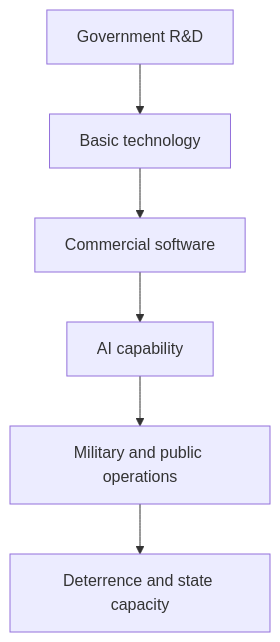
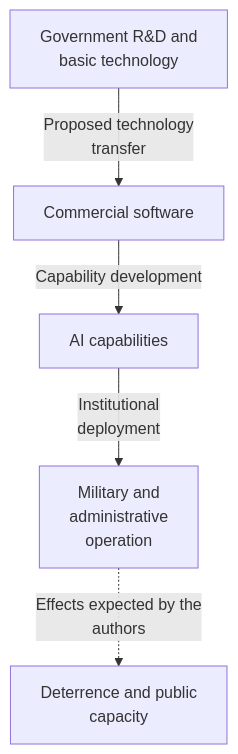
The second of 2 diagrams in articles/report/technological-republic-palantir/en/index.mdx (daylight55/research), drawn with Mermaid before and after one commit. The commit also changed other lines of this file and 181 other files, not shown here.

First line of the commit message:
全記事の図解368点を再生成し、共通注意書きを削除 (#402)

````diff
--- a/articles/report/technological-republic-palantir/en/index.mdx
+++ b/articles/report/technological-republic-palantir/en/index.mdx
@@ -98,8 +104,14 @@
 ```mermaid
 flowchart TD
-  A["Government R&D"] --> B["Basic technology"]
-  B --> C["Commercial software"]
-  C --> D["AI capability"]
-  D --> E["Military and public operations"]
-  E --> F["Deterrence and state capacity"]
+  accTitle: The authors' path from government research to public use
+  accDescr: This proposed path links government R&D, basic technology, commercial software and AI operations; it does not prove that the effects follow automatically.
+  N0["Government R&D and<br/>basic technology"]
+  N1["Commercial software"]
+  N2["AI capabilities"]
+  N3["Military and<br/>administrative<br/>operation"]
+  N4["Deterrence and public<br/>capacity"]
+  N0 -->|Proposed technology<br/>transfer| N1
+  N1 -->|Capability development| N2
+  N2 -->|Institutional<br/>deployment| N3
+  N3 -.->|Effects expected by the<br/>authors| N4
 ```
````
